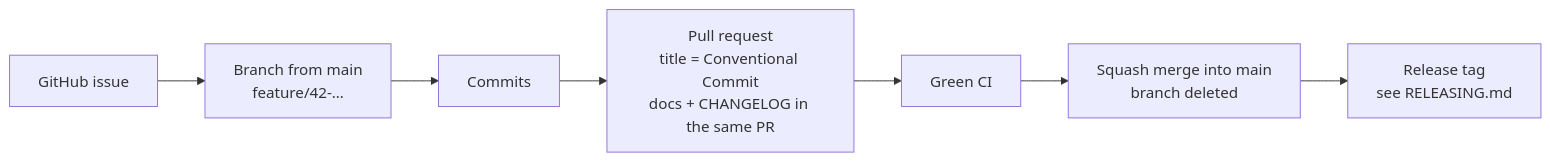
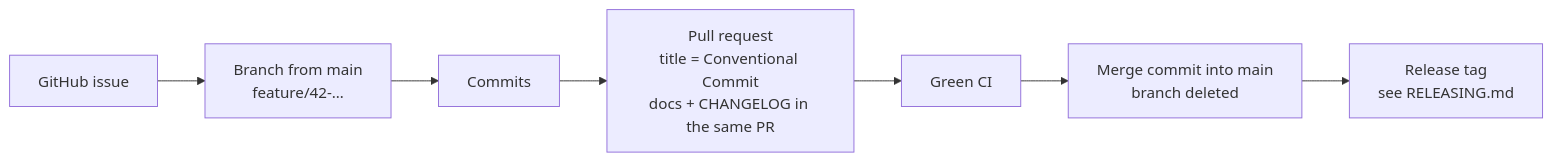
The diagram in CONTRIBUTING.md (felix-homelab/rpmgr), drawn with Mermaid before and after one commit. The commit also changed other lines of this file and 5 other files, not shown here.

````diff
--- a/CONTRIBUTING.md
+++ b/CONTRIBUTING.md
@@ -30,9 +30,9 @@
 ```mermaid
 flowchart LR
   I[GitHub issue] --> B[Branch from main<br/>feature/42-…]
   B --> C[Commits]
   C --> P[Pull request<br/>title = Conventional Commit<br/>docs + CHANGELOG in the same PR]
   P --> R[Green CI]
-  R --> S[Squash merge into main<br/>branch deleted]
+  R --> S[Merge commit into main<br/>branch deleted]
   S --> T[Release tag<br/>see RELEASING.md]
 ```
````
